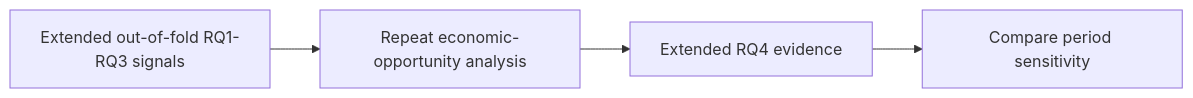
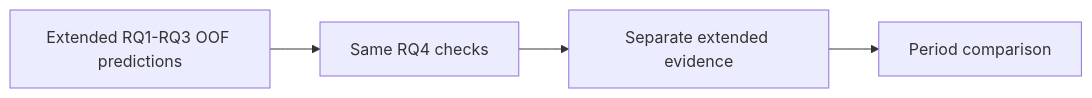
Before and after one commit to Ferreter/Dissertation: the diagram in docs/notebooks/13_rq4_economic_meaningfulness_extended.md, drawn with Mermaid. The commit also changed other lines of this file and 27 other files, not shown here.

````diff
--- a/docs/notebooks/13_rq4_economic_meaningfulness_extended.md
+++ b/docs/notebooks/13_rq4_economic_meaningfulness_extended.md
@@ -12,6 +13,6 @@
 ```mermaid
 flowchart LR
-    A["Extended out-of-fold RQ1-RQ3 signals"] --> B["Repeat economic-opportunity analysis"]
-    B --> C["Extended RQ4 evidence"]
-    C --> D["Compare period sensitivity"]
+    A["Extended RQ1-RQ3 OOF predictions"] --> B["Same RQ4 checks"]
+    B --> C["Separate extended evidence"]
+    C --> D["Period comparison"]
 ```
````
